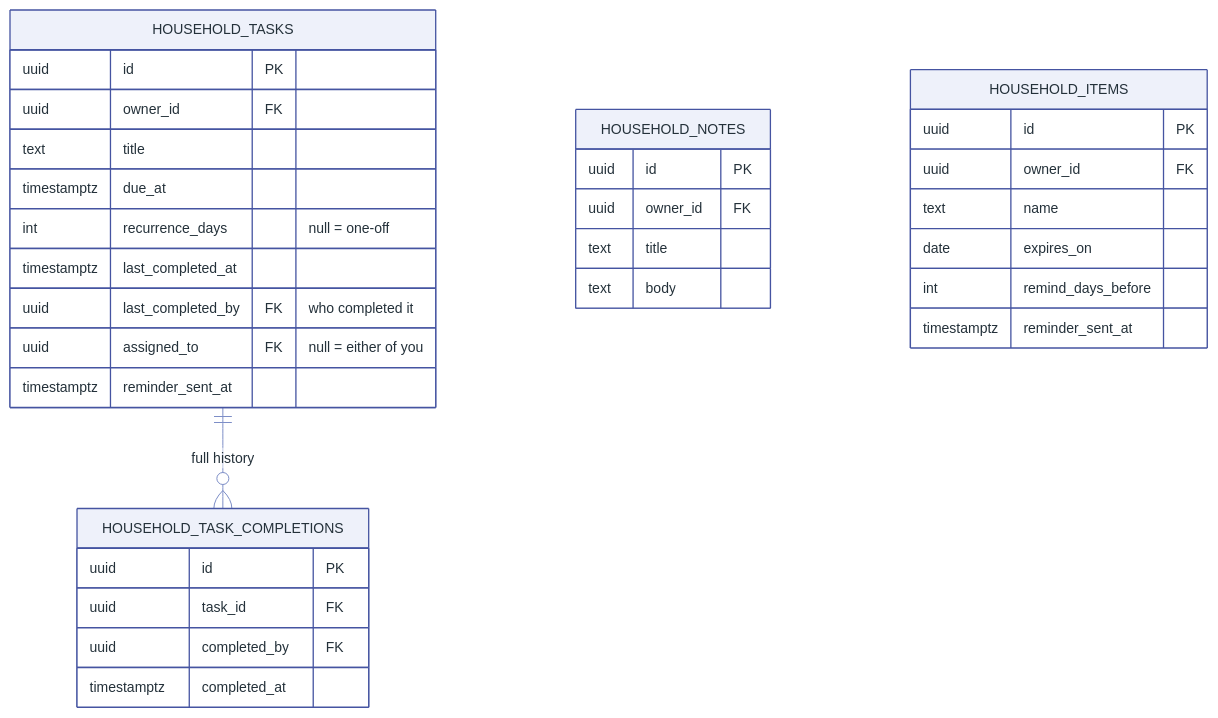
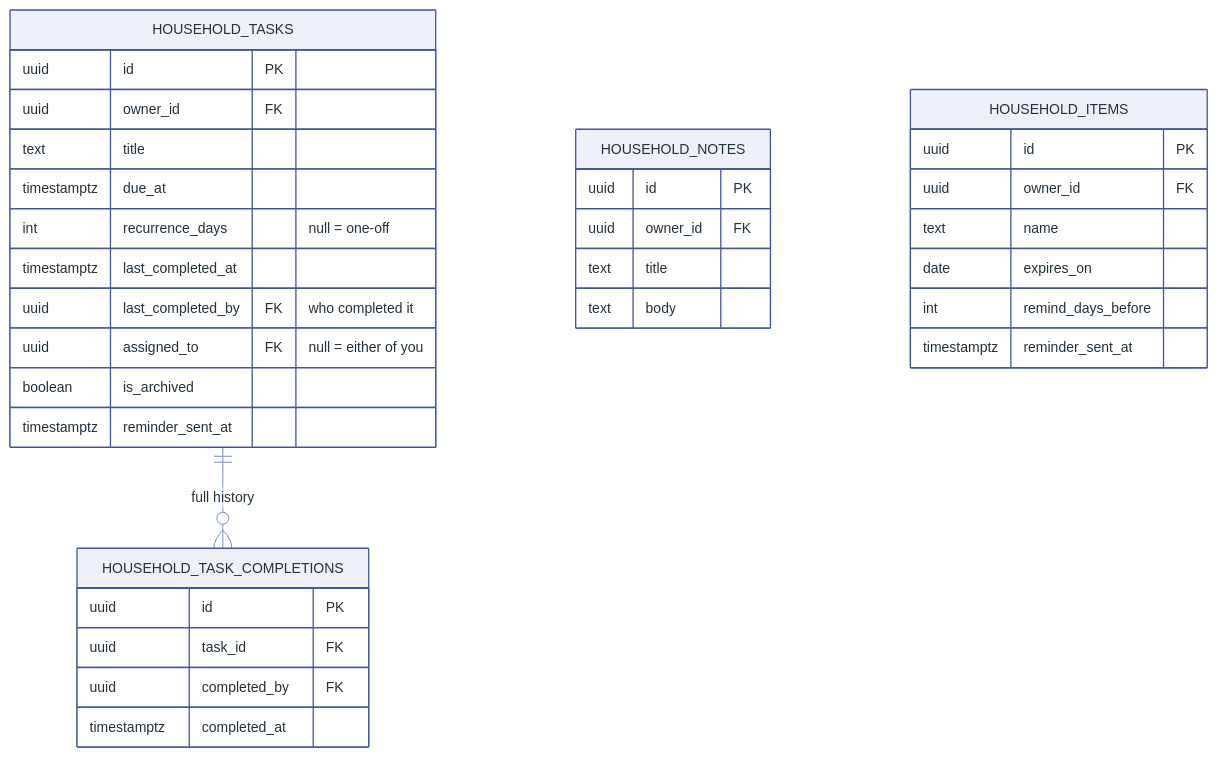
Before and after one commit to xxvazquez/health-management: the fifth of 5 diagrams in docs/data-model.md, drawn with Mermaid. The commit also changed other lines of this file and 34 other files, not shown here.

````diff
--- a/docs/data-model.md
+++ b/docs/data-model.md
@@ -236,41 +249,42 @@
 ```mermaid
 %%{init: {"theme": "base", "themeVariables": {
   "primaryColor": "#eef1fa", "primaryBorderColor": "#4554a1",
   "primaryTextColor": "#24313a", "lineColor": "#7d8ec7",
   "fontFamily": "Inter, -apple-system, sans-serif", "fontSize": "14px"
 }}}%%
 erDiagram
     HOUSEHOLD_TASKS ||--o{ HOUSEHOLD_TASK_COMPLETIONS : "full history"
 
     HOUSEHOLD_NOTES {
         uuid id PK
         uuid owner_id FK
         text title
         text body
     }
     HOUSEHOLD_TASKS {
         uuid        id PK
         uuid        owner_id FK
         text        title
         timestamptz due_at
         int         recurrence_days "null = one-off"
         timestamptz last_completed_at
         uuid        last_completed_by FK "who completed it"
         uuid        assigned_to FK "null = either of you"
+        boolean     is_archived
         timestamptz reminder_sent_at
     }
     HOUSEHOLD_TASK_COMPLETIONS {
         uuid        id PK
         uuid        task_id FK
         uuid        completed_by FK
         timestamptz completed_at
     }
     HOUSEHOLD_ITEMS {
         uuid id PK
         uuid owner_id FK
         text name
         date expires_on
         int  remind_days_before
         timestamptz reminder_sent_at
     }
 ```
````
